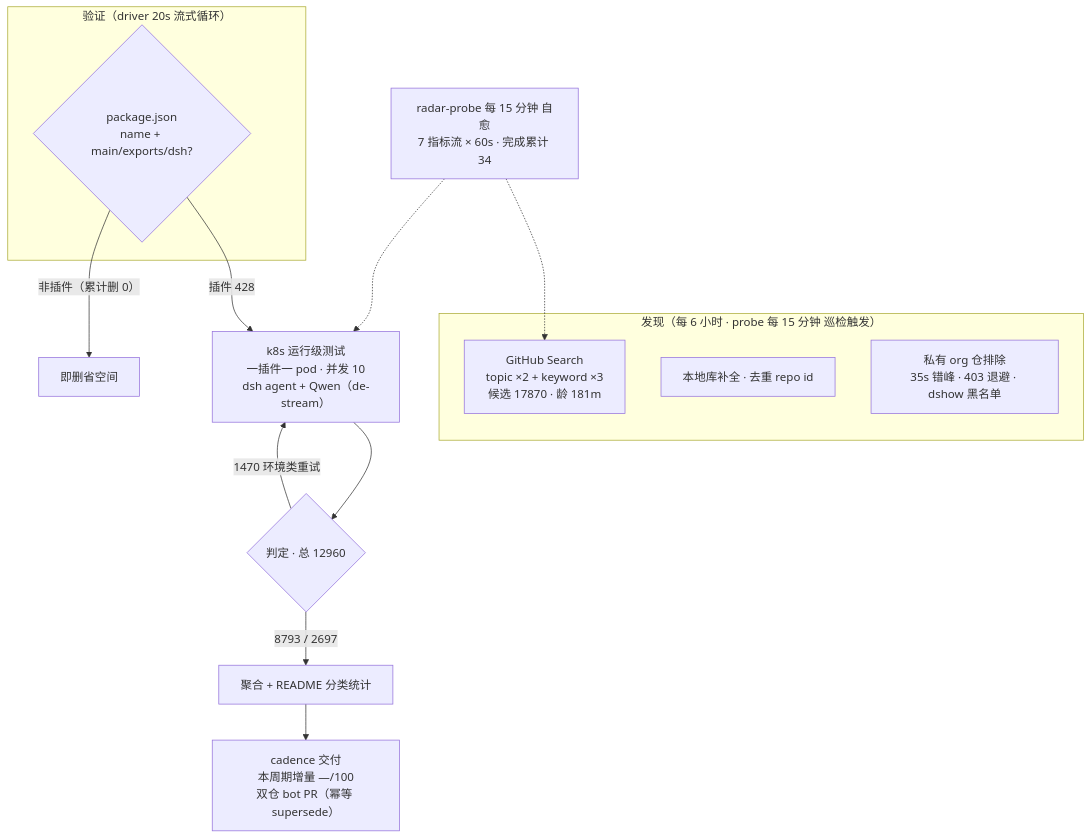
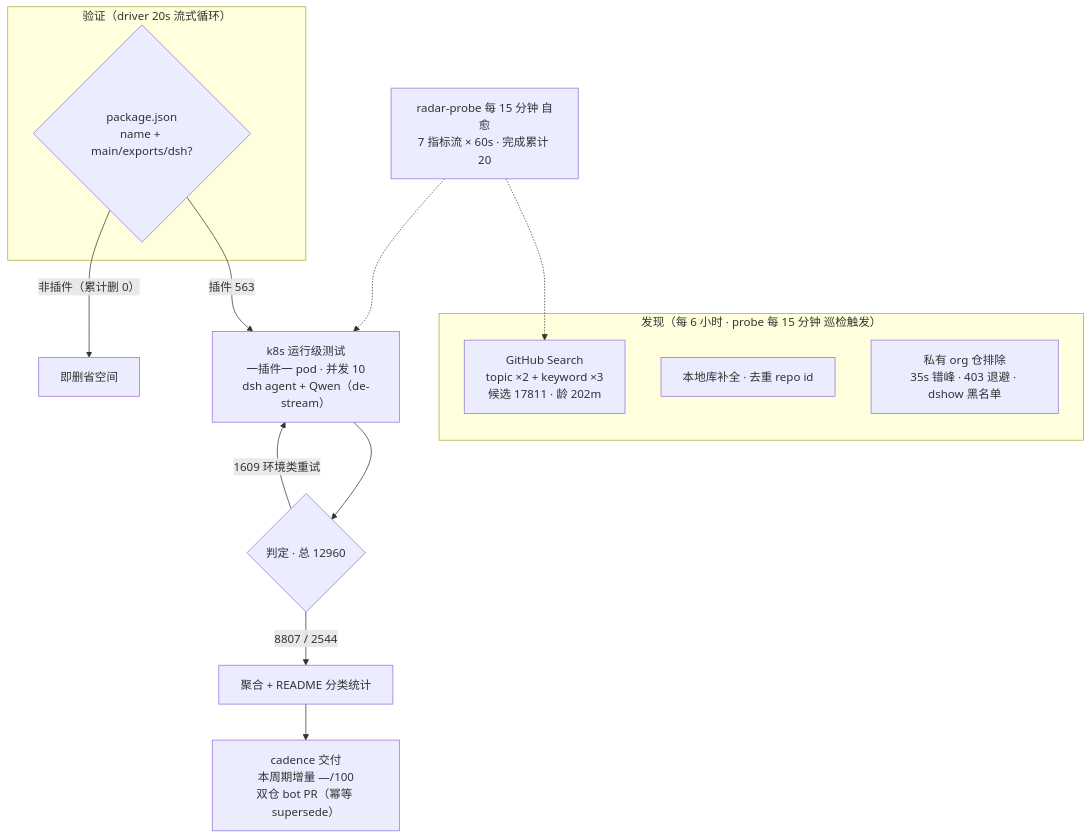
Before and after one commit to Zhidao-Lab-OSS/awesome-dsh-plugins: the diagram in README.md, drawn with Mermaid. The commit also changed other lines of this file and 1 other file, not shown here.

````diff
--- a/README.md
+++ b/README.md
@@ -52,20 +52,20 @@
 ```mermaid
 flowchart TB
     subgraph Discovery["发现（每 6 小时 · probe 每 15 分钟 巡检触发）"]
-        A1["GitHub Search<br/>topic ×2 + keyword ×3<br/>候选 17870 · 龄 181m"]
+        A1["GitHub Search<br/>topic ×2 + keyword ×3<br/>候选 17811 · 龄 202m"]
         A2["本地库补全 · 去重 repo id"]
         A3["私有 org 仓排除<br/>35s 错峰 · 403 退避 · dshow 黑名单"]
     end
     subgraph Validation["验证（driver 20s 流式循环）"]
         B1{"package.json<br/>name + main/exports/dsh?"}
     end
-    B1 -->|"插件 428"| C1["k8s 运行级测试<br/>一插件一 pod · 并发 10<br/>dsh agent + Qwen（de-stream）"]
+    B1 -->|"插件 563"| C1["k8s 运行级测试<br/>一插件一 pod · 并发 10<br/>dsh agent + Qwen（de-stream）"]
     B1 -->|"非插件（累计删 0）"| B3["即删省空间"]
     C1 --> D1{"判定 · 总 12960"}
-    D1 -->|"8793 / 2697"| E1["聚合 + README 分类统计"]
-    D1 -->|"1470 环境类重试"| C1
+    D1 -->|"8807 / 2544"| E1["聚合 + README 分类统计"]
+    D1 -->|"1609 环境类重试"| C1
     E1 --> E2["cadence 交付<br/>本周期增量 —/100<br/>双仓 bot PR（幂等 supersede）"]
-    M["radar-probe 每 15 分钟 自愈<br/>7 指标流 × 60s · 完成累计 34"]
+    M["radar-probe 每 15 分钟 自愈<br/>7 指标流 × 60s · 完成累计 20"]
     M -.-> A1
     M -.-> C1
 ```
````
